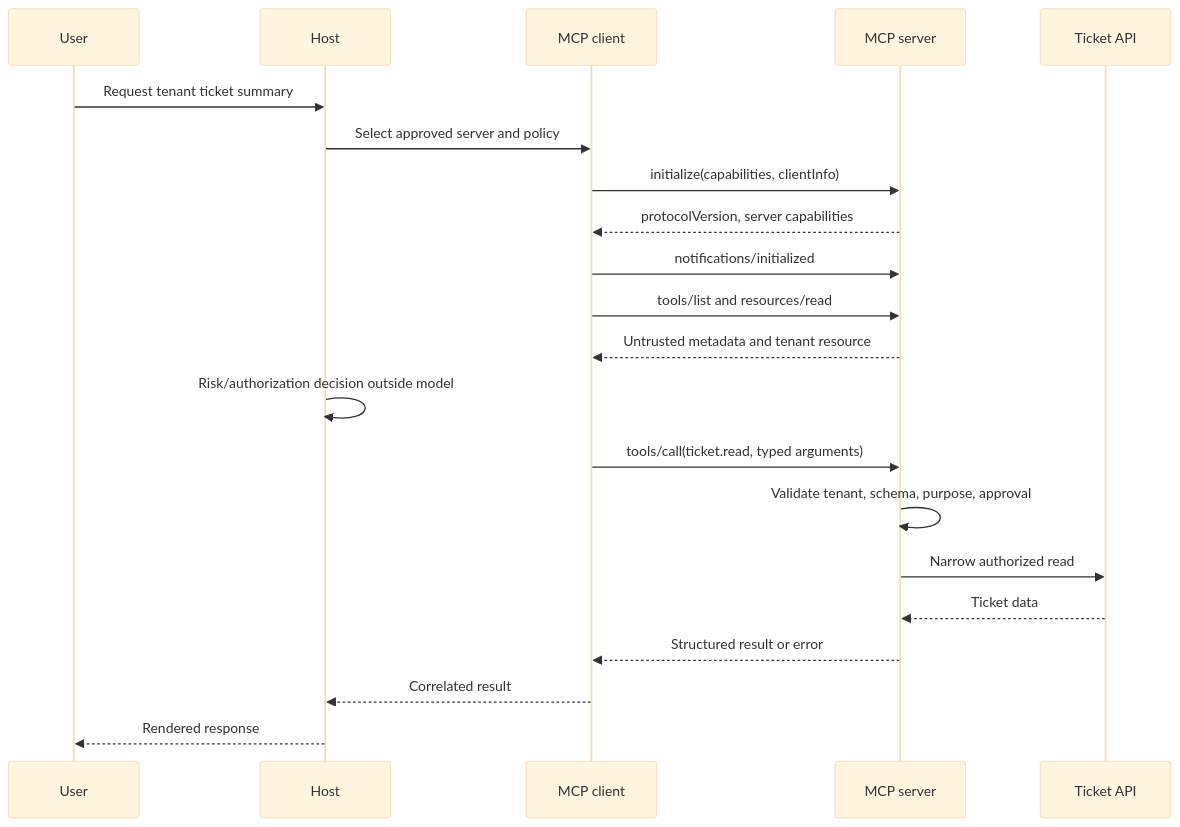
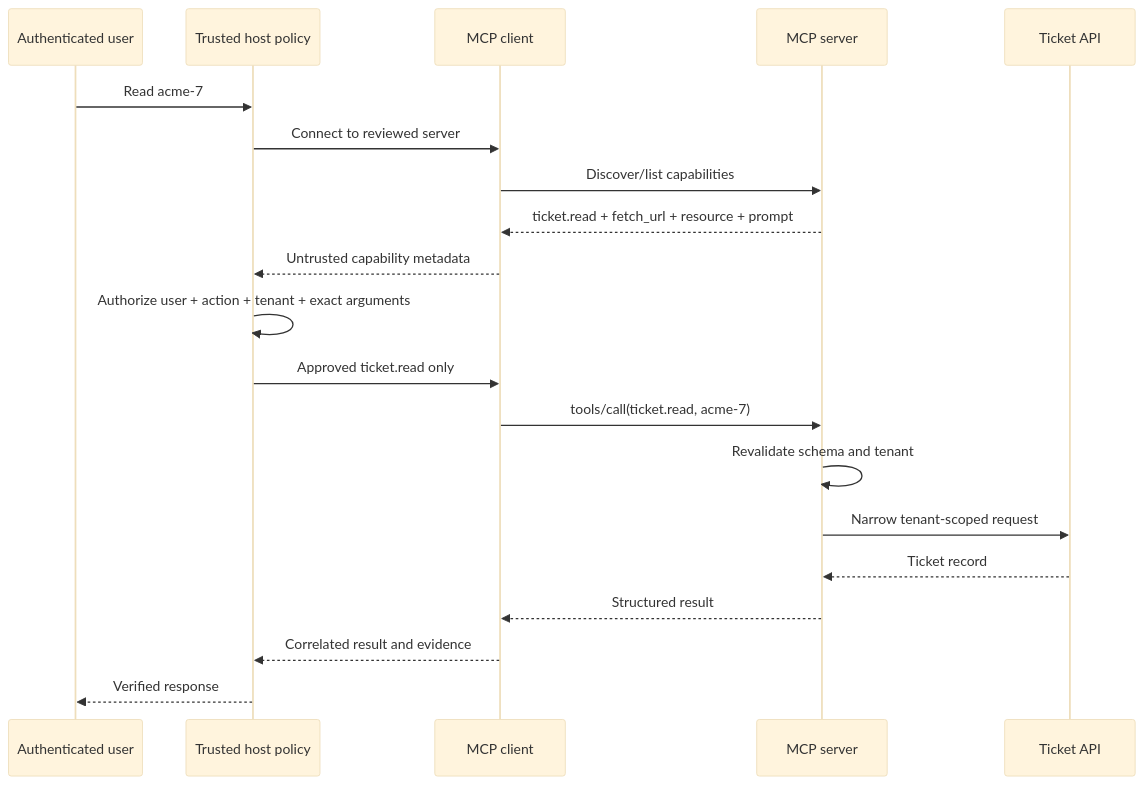
Before and after one commit to mahsa-teimourikia/mcp-security: the diagram in curriculum/beginner/01-mcp-architecture-lifecycle-trust-boundaries/README.md, drawn with Mermaid (base theme). The commit also changed other lines of this file and 9 other files, not shown here.

````diff
--- a/curriculum/beginner/01-mcp-architecture-lifecycle-trust-boundaries/README.md
+++ b/curriculum/beginner/01-mcp-architecture-lifecycle-trust-boundaries/README.md
@@ -49,23 +59,22 @@
 ```mermaid
 sequenceDiagram
-    participant U as User
-    participant H as Host
+    participant U as Authenticated user
+    participant H as Trusted host policy
     participant C as MCP client
     participant S as MCP server
     participant A as Ticket API
-    U->>H: Request tenant ticket summary
-    H->>C: Select approved server and policy
-    C->>S: initialize(capabilities, clientInfo)
-    S-->>C: protocolVersion, server capabilities
-    C->>S: notifications/initialized
-    C->>S: tools/list and resources/read
-    S-->>C: Untrusted metadata and tenant resource
-    H->>H: Risk/authorization decision outside model
-    C->>S: tools/call(ticket.read, typed arguments)
-    S->>S: Validate tenant, schema, purpose, approval
-    S->>A: Narrow authorized read
-    A-->>S: Ticket data
-    S-->>C: Structured result or error
-    C-->>H: Correlated result
-    H-->>U: Rendered response
+    U->>H: Read acme-7
+    H->>C: Connect to reviewed server
+    C->>S: Discover/list capabilities
+    S-->>C: ticket.read + fetch_url + resource + prompt
+    C-->>H: Untrusted capability metadata
+    H->>H: Authorize user + action + tenant + exact arguments
+    H->>C: Approved ticket.read only
+    C->>S: tools/call(ticket.read, acme-7)
+    S->>S: Revalidate schema and tenant
+    S->>A: Narrow tenant-scoped request
+    A-->>S: Ticket record
+    S-->>C: Structured result
+    C-->>H: Correlated result and evidence
+    H-->>U: Verified response
 ```
````
